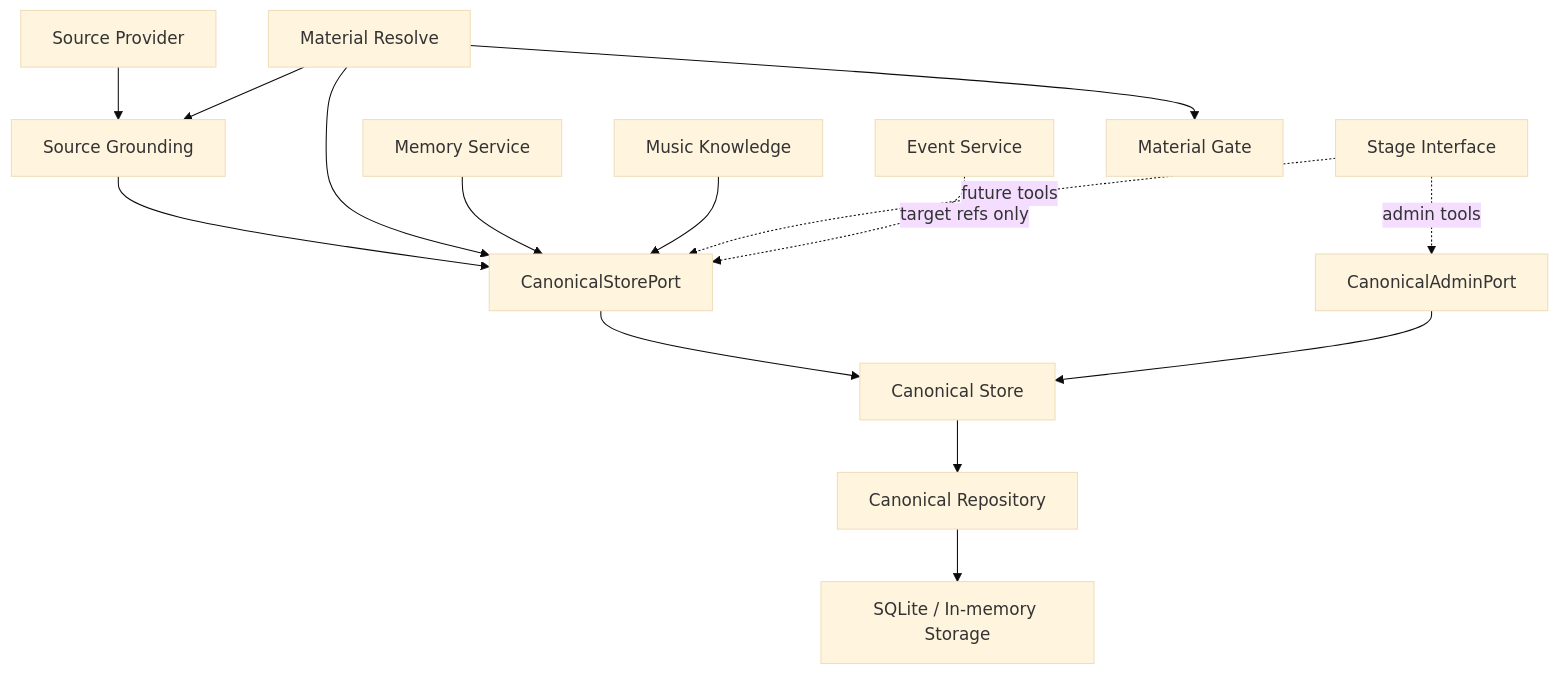
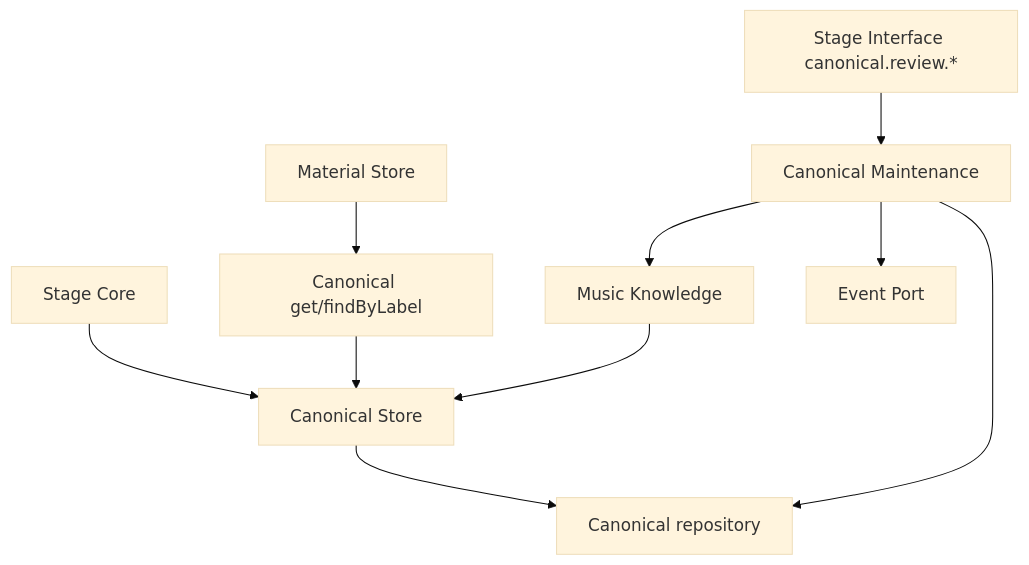
Before and after one commit to Odefined/MineMusic: the diagram in docs/canonical-store/design.md, drawn with Mermaid (base theme). The commit also changed other lines of this file and 166 other files, not shown here.

First line of the commit message:
docs+architecture: align docs and resolve boundary inconsistencies

````diff
--- a/docs/canonical-store/design.md
+++ b/docs/canonical-store/design.md
@@ -102,31 +42,12 @@
 ```mermaid
 flowchart TD
-    MaterialResolve["Material Resolve"]
-    SourceGrounding["Source Grounding"]
-    Memory["Memory Service"]
-    Events["Event Service"]
-    Knowledge["Music Knowledge"]
-    StageInterface["Stage Interface"]
-    CanonicalPort["CanonicalStorePort"]
-    AdminPort["CanonicalAdminPort"]
-    CanonicalStore["Canonical Store"]
-    Repository["Canonical Repository"]
-    Storage["SQLite / In-memory Storage"]
-    Provider["Source Provider"]
-    MaterialGate["Material Gate"]
-
-    Provider --> SourceGrounding
-    SourceGrounding --> CanonicalPort
-    MaterialResolve --> SourceGrounding
-    MaterialResolve --> CanonicalPort
-    Memory --> CanonicalPort
-    Knowledge --> CanonicalPort
-    StageInterface -. future tools .-> CanonicalPort
-    StageInterface -. admin tools .-> AdminPort
-    Events -. target refs only .-> CanonicalPort
-    CanonicalPort --> CanonicalStore
-    AdminPort --> CanonicalStore
-    CanonicalStore --> Repository
-    Repository --> Storage
-    MaterialResolve --> MaterialGate
+    StageCore["Stage Core"] --> Canonical["Canonical Store"]
+    Canonical --> Repo["Canonical repository"]
+    MaterialStore["Material Store"] --> CanonicalReads["Canonical get/findByLabel"]
+    CanonicalReads --> Canonical
+    StageInterface["Stage Interface canonical.review.*"] --> Maintenance["Canonical Maintenance"]
+    Maintenance --> Repo
+    Maintenance --> Knowledge["Music Knowledge"]
+    Maintenance --> Events["Event Port"]
+    Knowledge --> Canonical
 ```
````
